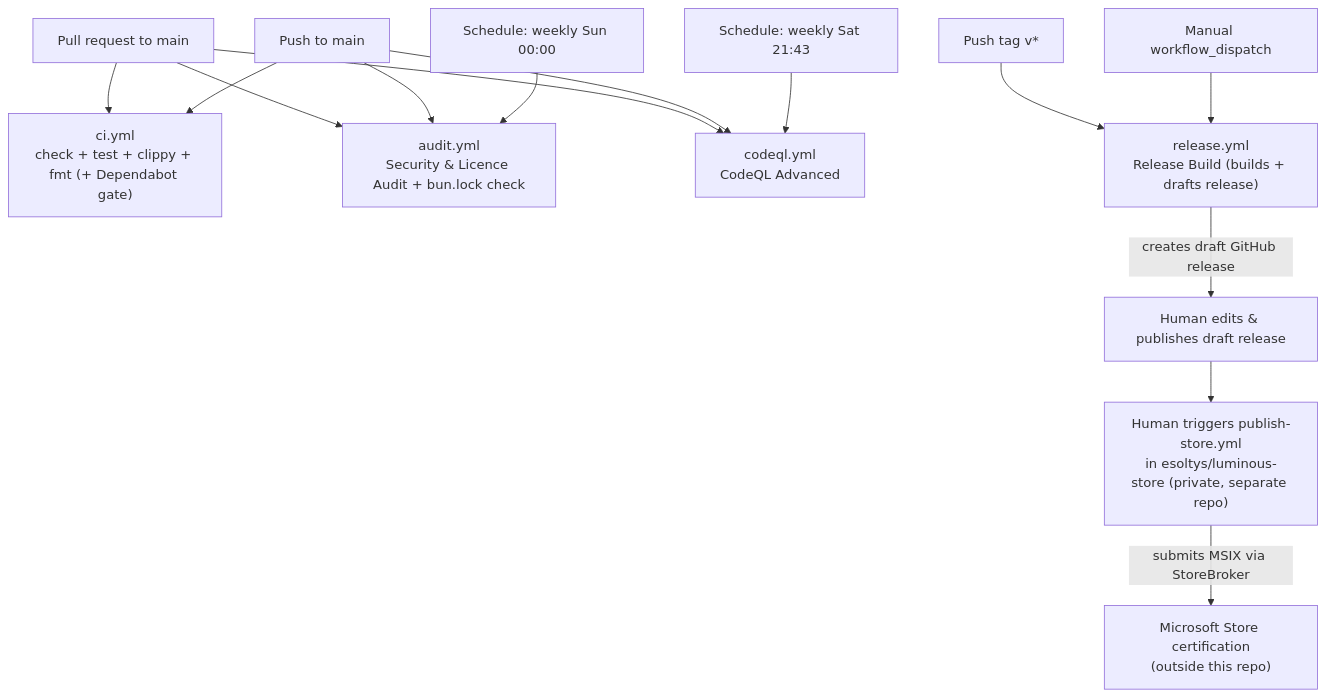
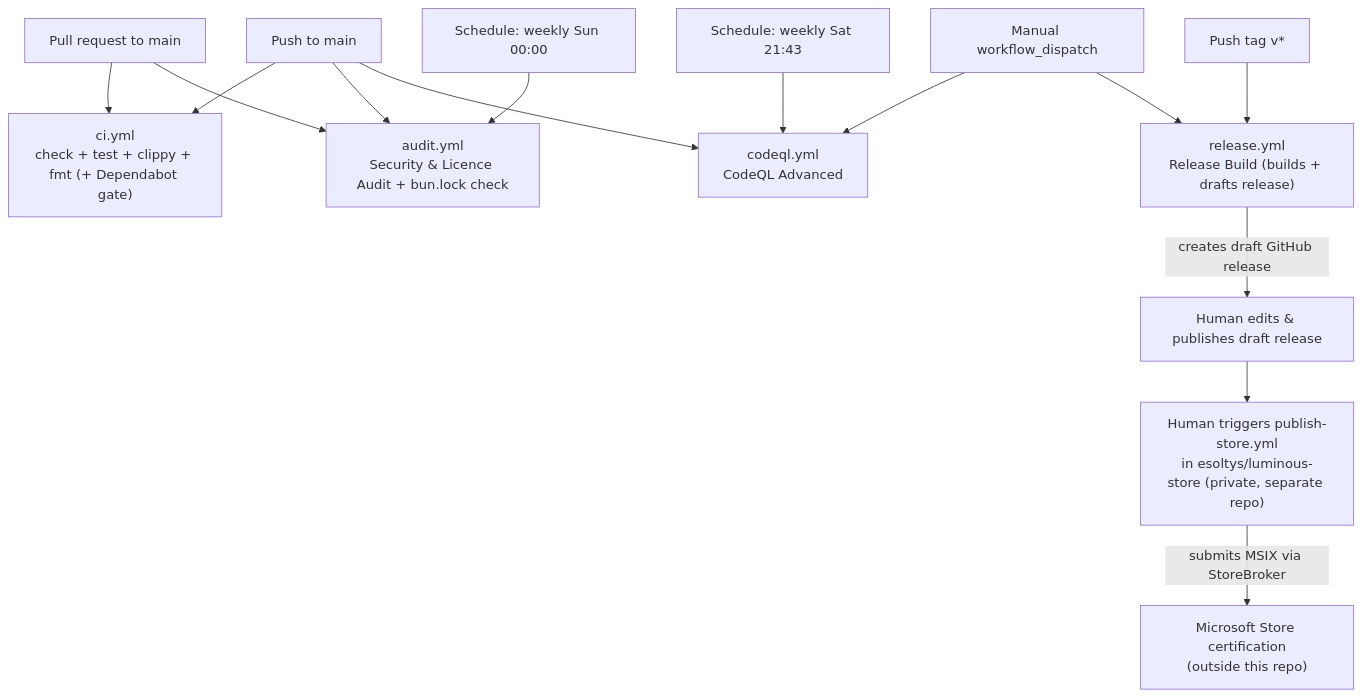
Before and after one commit to esoltys/luminous: the diagram in docs/CI.md, drawn with Mermaid. The commit also changed other lines of this file and 3 other files, not shown here.

````diff
--- a/docs/CI.md
+++ b/docs/CI.md
@@ -175,32 +177,32 @@
 ```mermaid
 flowchart TD
     PR["Pull request to main"]
     PushMainNext["Push to main"]
     Schedule1["Schedule: weekly Sun 00:00"]
     Schedule2["Schedule: weekly Sat 21:43"]
     TagPush["Push tag v*"]
     ManualDispatch1["Manual workflow_dispatch"]
 
     CI["ci.yml\ncheck + test + clippy + fmt (+ Dependabot gate)"]
     Audit["audit.yml\nSecurity & Licence Audit + bun.lock check"]
     CodeQL["codeql.yml\nCodeQL Advanced"]
     Release["release.yml\nRelease Build (builds + drafts release)"]
 
     PR --> CI
     PushMainNext --> CI
 
     PR --> Audit
     PushMainNext --> Audit
     Schedule1 --> Audit
 
-    PR --> CodeQL
+    ManualDispatch1 --> CodeQL
     PushMainNext --> CodeQL
     Schedule2 --> CodeQL
 
     TagPush --> Release
     ManualDispatch1 --> Release
 
     Release -->|creates draft GitHub release| HumanPublish["Human edits & publishes draft release"]
     HumanPublish --> ManualStore["Human triggers publish-store.yml\nin esoltys/luminous-store (private, separate repo)"]
     ManualStore -->|submits MSIX via StoreBroker| MSStore["Microsoft Store certification\n(outside this repo)"]
 ```
````
